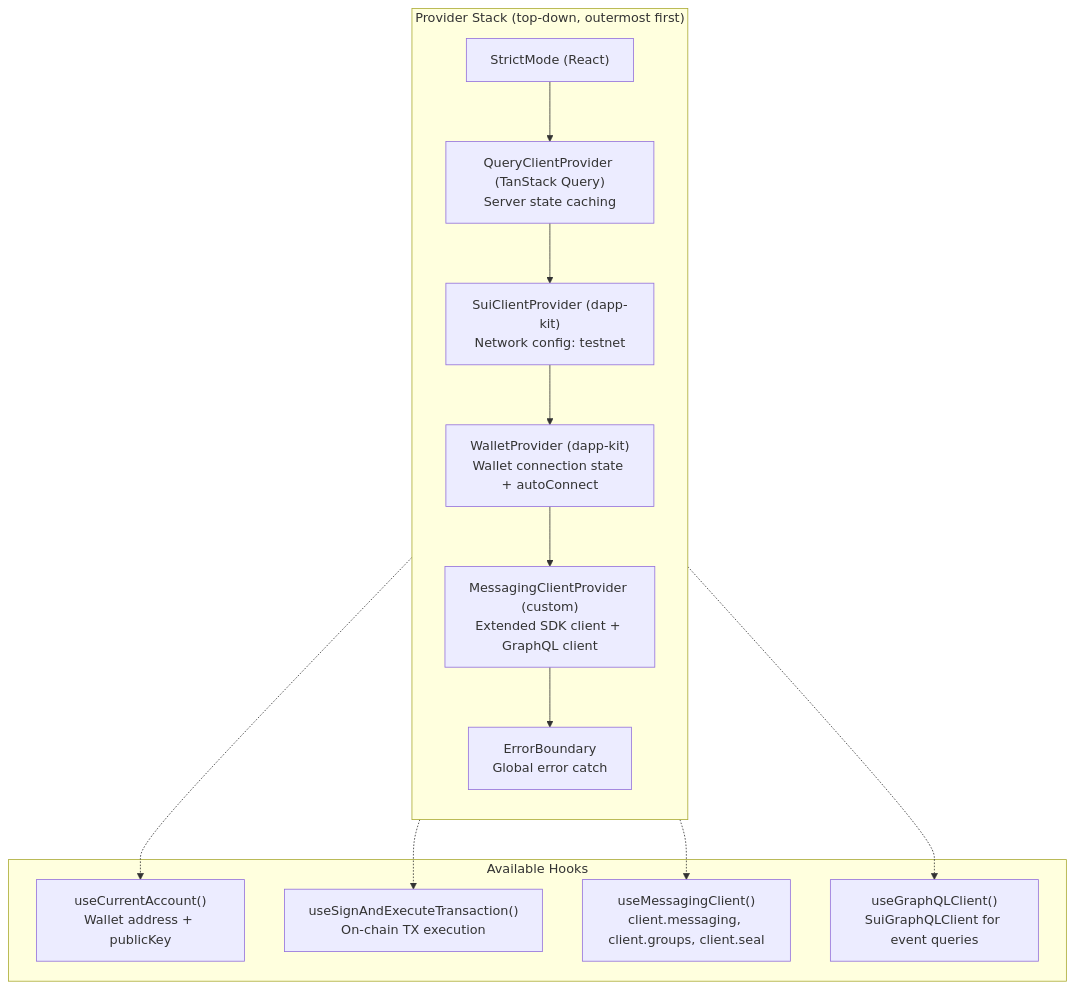
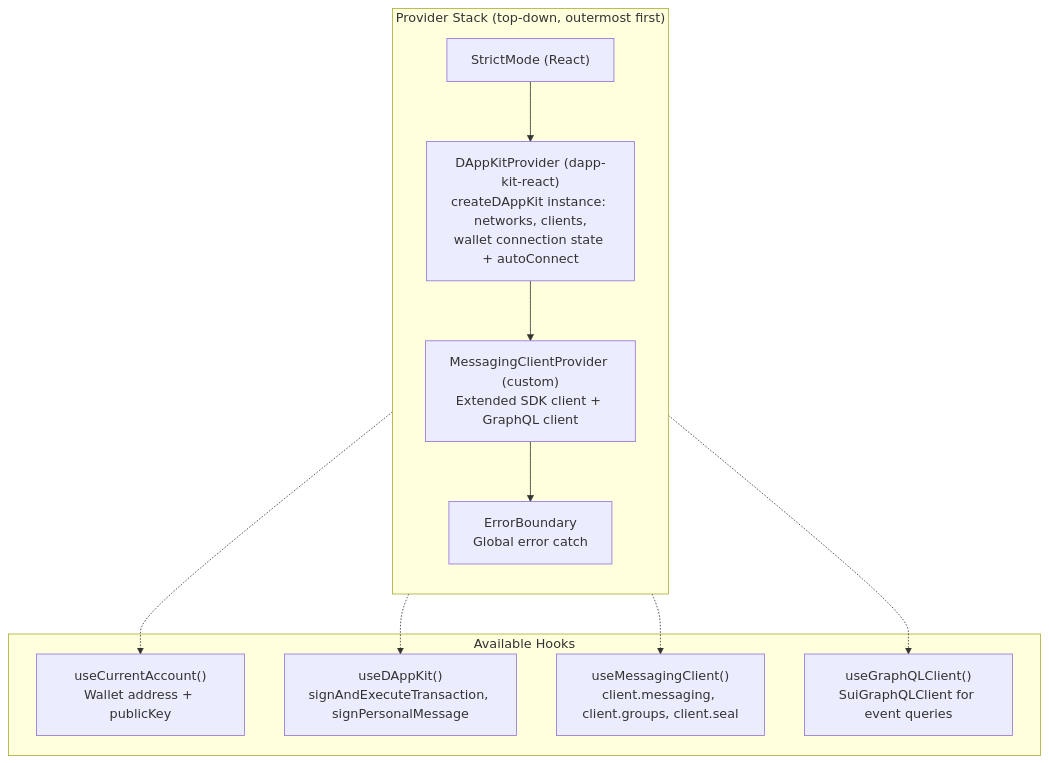
Diagram 15 of 18 in chat-app/docs/SYSTEM_DESIGN.md (MystenLabs/sui-stack-messaging), drawn with Mermaid before and after one commit. The commit also changed other lines of this file and 28 other files, not shown here.

First line of the commit message:
feat(chat-app): migrate to @mysten/dapp-kit-react (#74)

````diff
--- a/chat-app/docs/SYSTEM_DESIGN.md
+++ b/chat-app/docs/SYSTEM_DESIGN.md
@@ -539,30 +539,26 @@
 ```mermaid
 graph TB
     subgraph Providers["Provider Stack (top-down, outermost first)"]
         direction TB
         P0["StrictMode (React)"]
-        P1["QueryClientProvider (TanStack Query)<br/>Server state caching"]
-        P1B["SuiClientProvider (dapp-kit)<br/>Network config: testnet"]
-        P2["WalletProvider (dapp-kit)<br/>Wallet connection state + autoConnect"]
+        P2["DAppKitProvider (dapp-kit-react)<br/>createDAppKit instance: networks, clients,<br/>wallet connection state + autoConnect"]
         P3["MessagingClientProvider (custom)<br/>Extended SDK client + GraphQL client"]
         P4["ErrorBoundary<br/>Global error catch"]
     end
 
-    P0 --> P1
-    P1 --> P1B
-    P1B --> P2
+    P0 --> P2
     P2 --> P3
     P3 --> P4
 
     subgraph Hooks["Available Hooks"]
         H1["useCurrentAccount()<br/>Wallet address + publicKey"]
-        H2["useSignAndExecuteTransaction()<br/>On-chain TX execution"]
+        H2["useDAppKit()<br/>signAndExecuteTransaction, signPersonalMessage"]
         H3["useMessagingClient()<br/>client.messaging, client.groups, client.seal"]
         H4["useGraphQLClient()<br/>SuiGraphQLClient for event queries"]
     end
 
     P2 -.-> H1
     P2 -.-> H2
     P3 -.-> H3
     P3 -.-> H4
 ```
````
